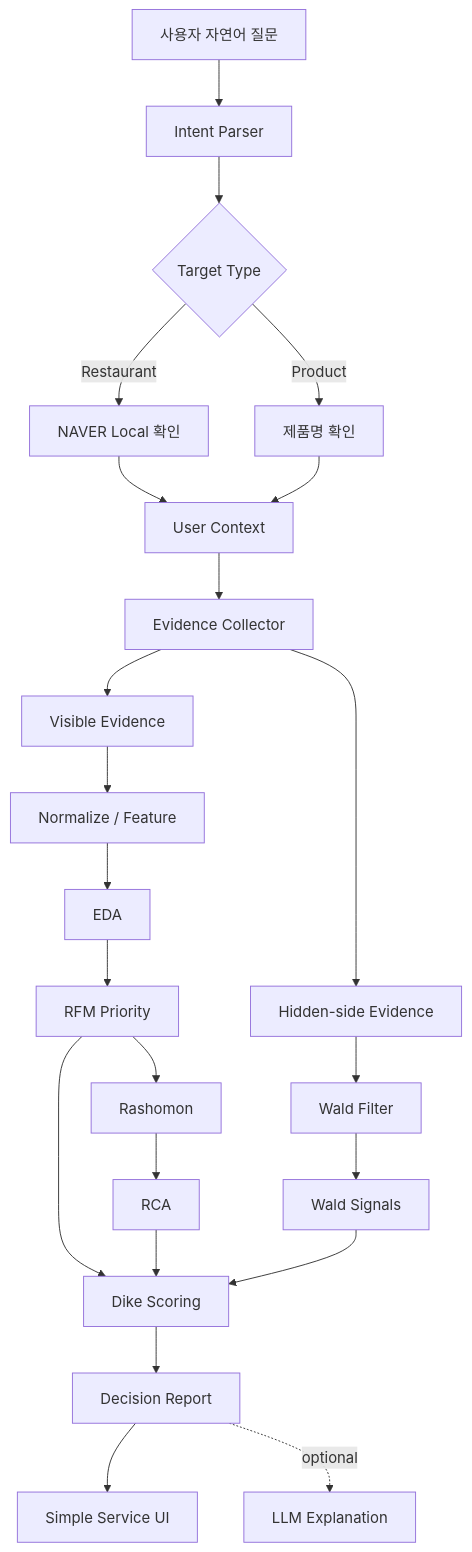
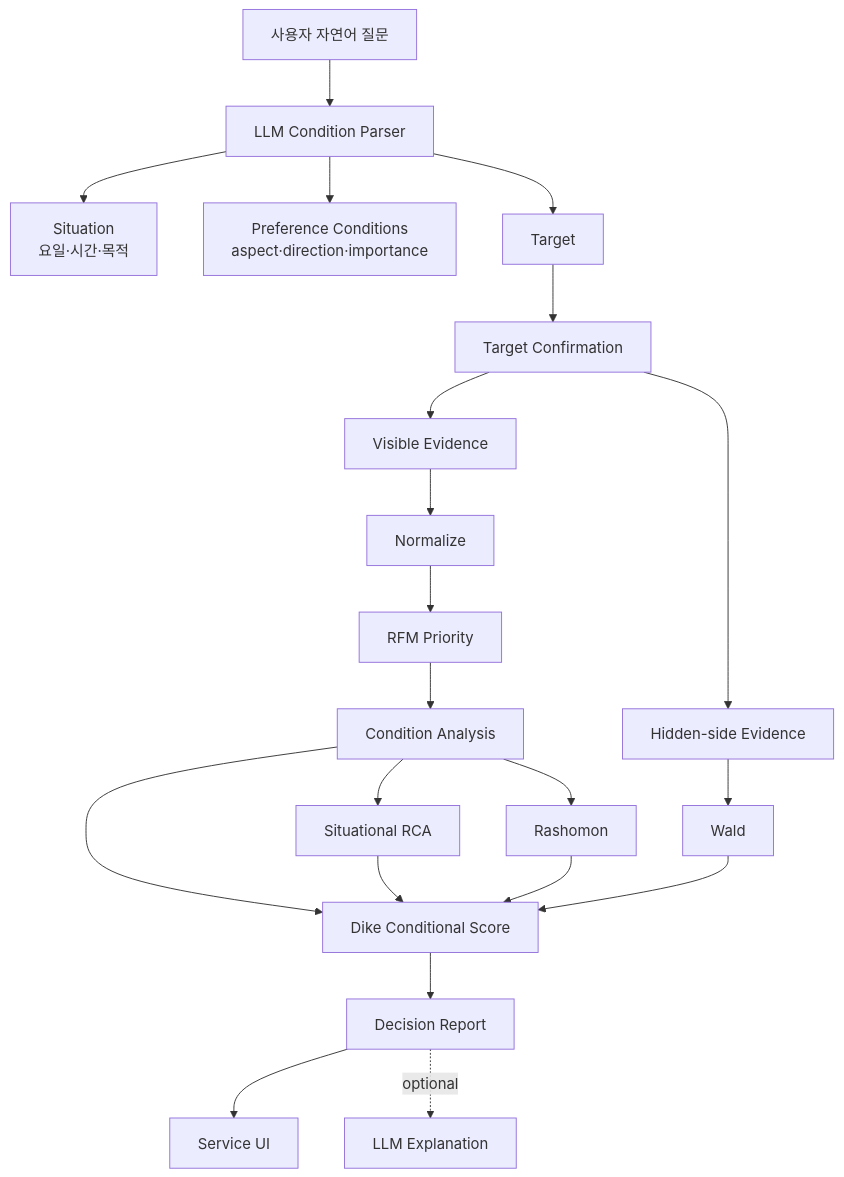
One commit to dooyoung94/dikes-eye-poc changed the first of 2 diagrams in docs/ARCHITECTURE.md. Above: the diagram before and after it, drawn with Mermaid. The commit also changed other lines of this file, not shown here.

Commit message:
Update architecture for conditional decision flow

````diff
--- a/docs/ARCHITECTURE.md
+++ b/docs/ARCHITECTURE.md
@@ -7,33 +11,29 @@
 ```mermaid
 flowchart TB
     Q[사용자 자연어 질문]
-    Q --> IP[Intent Parser]
-    IP --> T{Target Type}
+    Q --> LLM[LLM Condition Parser]
+    LLM --> S[Situation\n요일·시간·목적]
+    LLM --> C[Preference Conditions\naspect·direction·importance]
+    LLM --> T[Target]
 
-    T -->|Restaurant| RL[NAVER Local 확인]
-    T -->|Product| PC[제품명 확인]
+    T --> CONF[Target Confirmation]
+    CONF --> VE[Visible Evidence]
+    CONF --> HE[Hidden-side Evidence]
 
-    RL --> UC[User Context]
-    PC --> UC
+    VE --> N[Normalize]
+    N --> RFM[RFM Priority]
+    RFM --> CA[Condition Analysis]
+    CA --> RA[Rashomon]
+    CA --> RCA[Situational RCA]
 
-    UC --> EC[Evidence Collector]
-    EC --> VE[Visible Evidence]
-    EC --> HE[Hidden-side Evidence]
+    HE --> W[Wald]
 
-    VE --> NF[Normalize / Feature]
-    NF --> EDA[EDA]
-    EDA --> RFM[RFM Priority]
-    RFM --> RA[Rashomon]
-    RA --> RCA[RCA]
+    CA --> D[Dike Conditional Score]
+    RCA --> D
+    RA --> D
+    W --> D
 
-    HE --> WF[Wald Filter]
-    WF --> W[Wald Signals]
-
-    RFM --> DS[Dike Scoring]
-    RCA --> DS
-    W --> DS
-
-    DS --> DR[Decision Report]
-    DR --> UI[Simple Service UI]
-    DR -. optional .-> LLM[LLM Explanation]
+    D --> REP[Decision Report]
+    REP --> UI[Service UI]
+    REP -. optional .-> EX[LLM Explanation]
 ```
````
